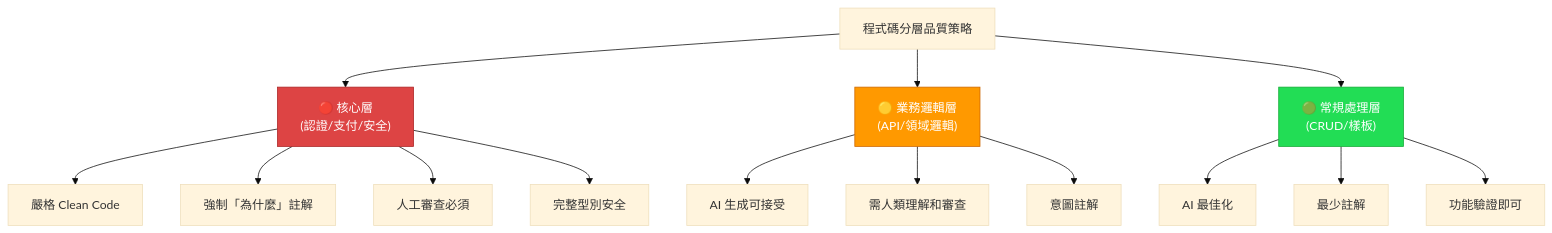
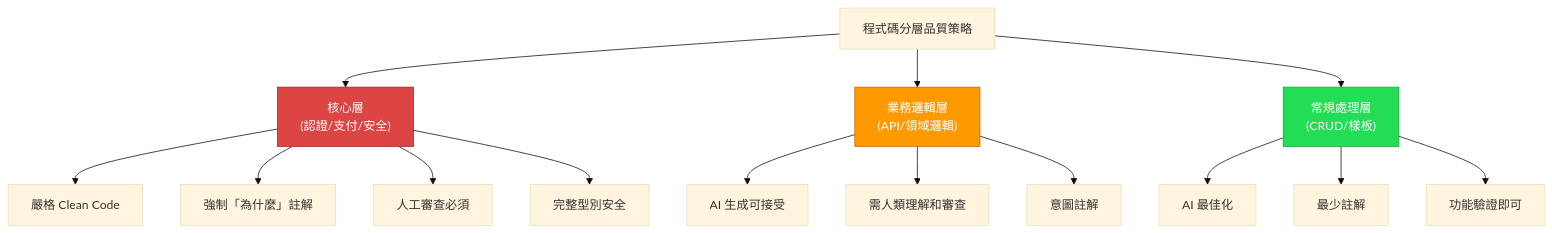
Before and after one commit to Muheng1992/symbiotic-engineering: diagram 31 of 31 in docs/guides/ai-era-code-best-practices.md, drawn with Mermaid (base theme). The commit also changed other lines of this file, not shown here.

````diff
--- a/docs/guides/ai-era-code-best-practices.md
+++ b/docs/guides/ai-era-code-best-practices.md
@@ -1426,25 +1439,25 @@
 ```mermaid
 graph TD
     A[程式碼分層品質策略]
 
-    A --> B["🔴 核心層<br/>(認證/支付/安全)"]
-    A --> C["🟡 業務邏輯層<br/>(API/領域邏輯)"]
-    A --> D["🟢 常規處理層<br/>(CRUD/樣板)"]
+    A --> B["核心層<br/>(認證/支付/安全)"]
+    A --> C["業務邏輯層<br/>(API/領域邏輯)"]
+    A --> D["常規處理層<br/>(CRUD/樣板)"]
 
     B --> B1["嚴格 Clean Code"]
     B --> B2["強制「為什麼」註解"]
     B --> B3["人工審查必須"]
     B --> B4["完整型別安全"]
 
     C --> C1["AI 生成可接受"]
     C --> C2["需人類理解和審查"]
     C --> C3["意圖註解"]
 
     D --> D1["AI 最佳化"]
     D --> D2["最少註解"]
     D --> D3["功能驗證即可"]
 
     style B fill:#d44,stroke:#a22,color:#fff
     style C fill:#f90,stroke:#c60,color:#fff
     style D fill:#2d5,stroke:#1a3,color:#fff
 ```
````
